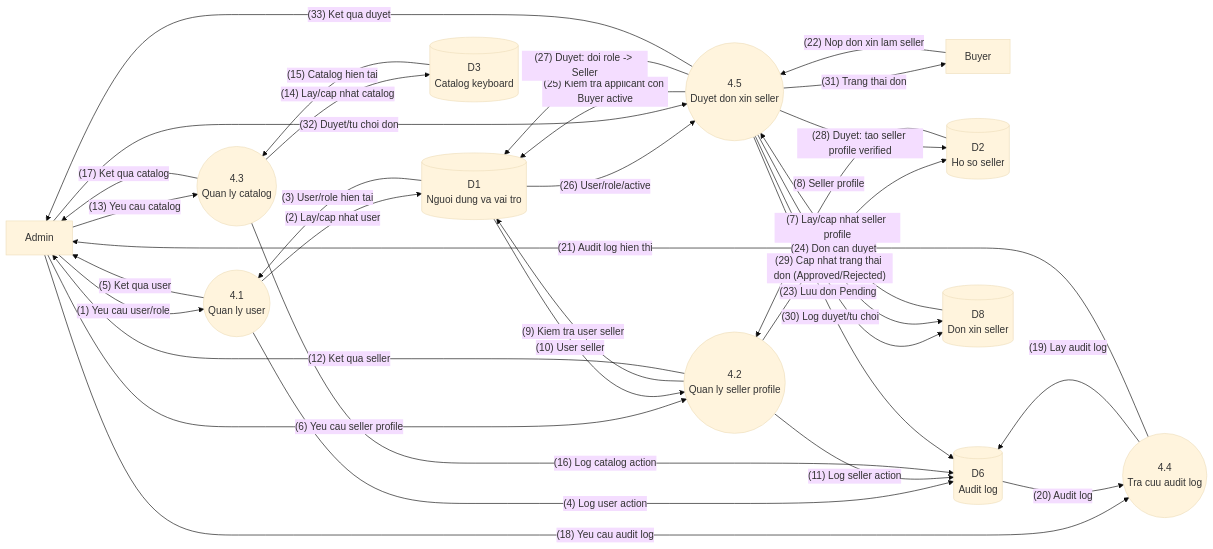
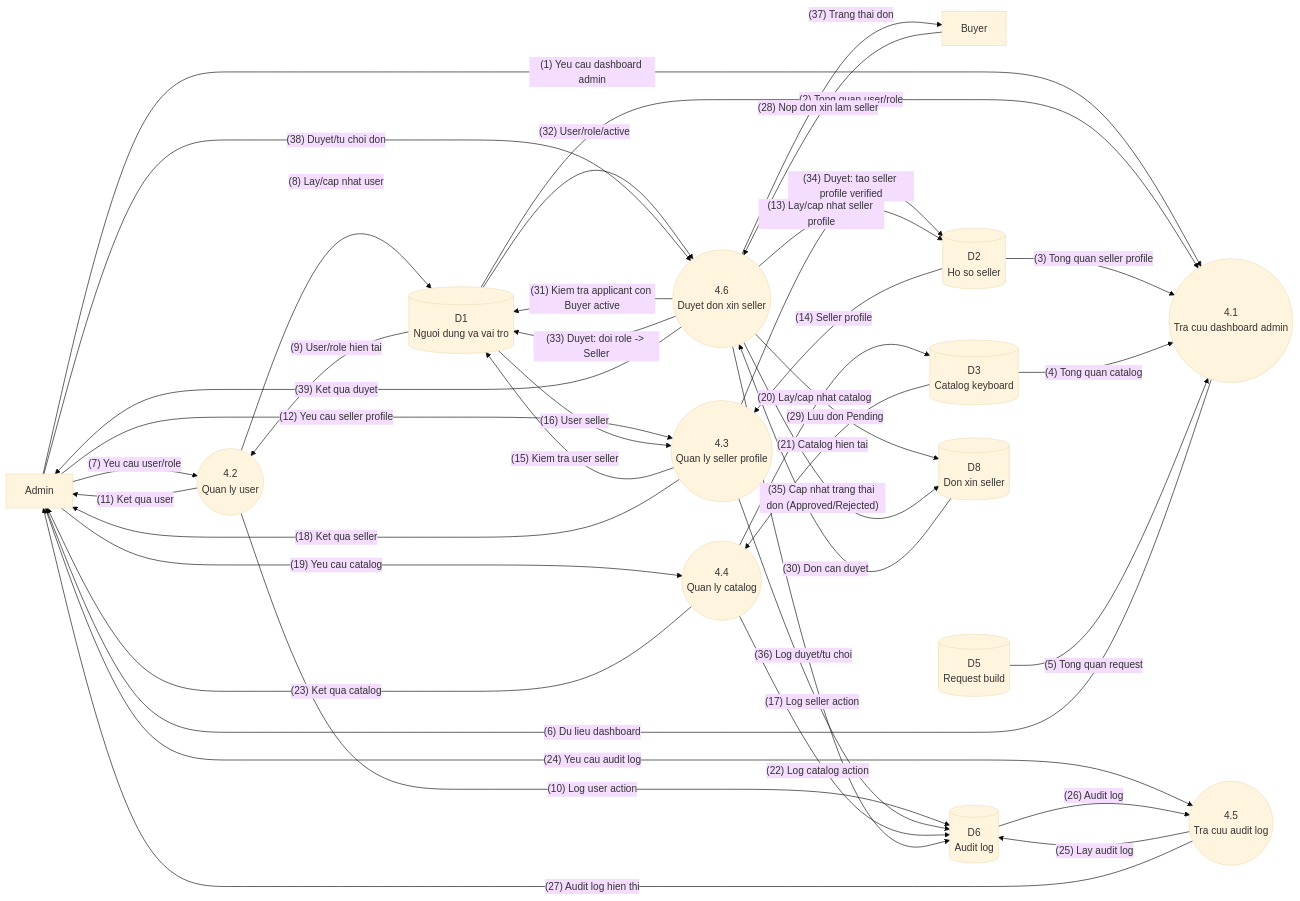
Before and after one commit to froynar/Custom_keyboard: the fourth of 5 diagrams in Documents_Refactor/Custom_Keyboard_DFD_Level1_Refactor.md, drawn with Mermaid (base theme). The commit also changed other lines of this file and 6 other files, not shown here.

````diff
--- a/Documents_Refactor/Custom_Keyboard_DFD_Level1_Refactor.md
+++ b/Documents_Refactor/Custom_Keyboard_DFD_Level1_Refactor.md
@@ -108,55 +108,64 @@
 ```mermaid
 flowchart LR
     Admin["Admin"]
     Buyer["Buyer"]
 
-    P41(("4.1\nQuan ly user"))
-    P42(("4.2\nQuan ly seller profile"))
-    P43(("4.3\nQuan ly catalog"))
-    P44(("4.4\nTra cuu audit log"))
-    P45(("4.5\nDuyet don xin seller"))
+    P41(("4.1\nTra cuu dashboard admin"))
+    P42(("4.2\nQuan ly user"))
+    P43(("4.3\nQuan ly seller profile"))
+    P44(("4.4\nQuan ly catalog"))
+    P45(("4.5\nTra cuu audit log"))
+    P46(("4.6\nDuyet don xin seller"))
 
     D1[("D1\nNguoi dung va vai tro")]
     D2[("D2\nHo so seller")]
     D3[("D3\nCatalog keyboard")]
+    D5[("D5\nRequest build")]
     D6[("D6\nAudit log")]
     D8[("D8\nDon xin seller")]
 
-    Admin -- "(1) Yeu cau user/role" --> P41
-    P41 -- "(2) Lay/cap nhat user" --> D1
-    D1 -- "(3) User/role hien tai" --> P41
-    P41 -- "(4) Log user action" --> D6
-    P41 -- "(5) Ket qua user" --> Admin
+    Admin -- "(1) Yeu cau dashboard admin" --> P41
+    D1 -- "(2) Tong quan user/role" --> P41
+    D2 -- "(3) Tong quan seller profile" --> P41
+    D3 -- "(4) Tong quan catalog" --> P41
+    D5 -- "(5) Tong quan request" --> P41
+    P41 -- "(6) Du lieu dashboard" --> Admin
 
-    Admin -- "(6) Yeu cau seller profile" --> P42
-    P42 -- "(7) Lay/cap nhat seller profile" --> D2
-    D2 -- "(8) Seller profile" --> P42
-    P42 -- "(9) Kiem tra user seller" --> D1
-    D1 -- "(10) User seller" --> P42
-    P42 -- "(11) Log seller action" --> D6
-    P42 -- "(12) Ket qua seller" --> Admin
+    Admin -- "(7) Yeu cau user/role" --> P42
+    P42 -- "(8) Lay/cap nhat user" --> D1
+    D1 -- "(9) User/role hien tai" --> P42
+    P42 -- "(10) Log user action" --> D6
+    P42 -- "(11) Ket qua user" --> Admin
 
-    Admin -- "(13) Yeu cau catalog" --> P43
-    P43 -- "(14) Lay/cap nhat catalog" --> D3
-    D3 -- "(15) Catalog hien tai" --> P43
-    P43 -- "(16) Log catalog action" --> D6
-    P43 -- "(17) Ket qua catalog" --> Admin
+    Admin -- "(12) Yeu cau seller profile" --> P43
+    P43 -- "(13) Lay/cap nhat seller profile" --> D2
+    D2 -- "(14) Seller profile" --> P43
+    P43 -- "(15) Kiem tra user seller" --> D1
+    D1 -- "(16) User seller" --> P43
+    P43 -- "(17) Log seller action" --> D6
+    P43 -- "(18) Ket qua seller" --> Admin
 
-    Admin -- "(18) Yeu cau audit log" --> P44
-    P44 -- "(19) Lay audit log" --> D6
-    D6 -- "(20) Audit log" --> P44
-    P44 -- "(21) Audit log hien thi" --> Admin
+    Admin -- "(19) Yeu cau catalog" --> P44
+    P44 -- "(20) Lay/cap nhat catalog" --> D3
+    D3 -- "(21) Catalog hien tai" --> P44
+    P44 -- "(22) Log catalog action" --> D6
+    P44 -- "(23) Ket qua catalog" --> Admin
 
-    Buyer -- "(22) Nop don xin lam seller" --> P45
-    P45 -- "(23) Luu don Pending" --> D8
-    D8 -- "(24) Don can duyet" --> P45
-    P45 -- "(25) Kiem tra applicant con Buyer active" --> D1
-    D1 -- "(26) User/role/active" --> P45
-    P45 -- "(27) Duyet: doi role -> Seller" --> D1
-    P45 -- "(28) Duyet: tao seller profile verified" --> D2
-    P45 -- "(29) Cap nhat trang thai don (Approved/Rejected)" --> D8
-    P45 -- "(30) Log duyet/tu choi" --> D6
-    P45 -- "(31) Trang thai don" --> Buyer
-    Admin -- "(32) Duyet/tu choi don" --> P45
-    P45 -- "(33) Ket qua duyet" --> Admin
+    Admin -- "(24) Yeu cau audit log" --> P45
+    P45 -- "(25) Lay audit log" --> D6
+    D6 -- "(26) Audit log" --> P45
+    P45 -- "(27) Audit log hien thi" --> Admin
+
+    Buyer -- "(28) Nop don xin lam seller" --> P46
+    P46 -- "(29) Luu don Pending" --> D8
+    D8 -- "(30) Don can duyet" --> P46
+    P46 -- "(31) Kiem tra applicant con Buyer active" --> D1
+    D1 -- "(32) User/role/active" --> P46
+    P46 -- "(33) Duyet: doi role -> Seller" --> D1
+    P46 -- "(34) Duyet: tao seller profile verified" --> D2
+    P46 -- "(35) Cap nhat trang thai don (Approved/Rejected)" --> D8
+    P46 -- "(36) Log duyet/tu choi" --> D6
+    P46 -- "(37) Trang thai don" --> Buyer
+    Admin -- "(38) Duyet/tu choi don" --> P46
+    P46 -- "(39) Ket qua duyet" --> Admin
 ```
````
